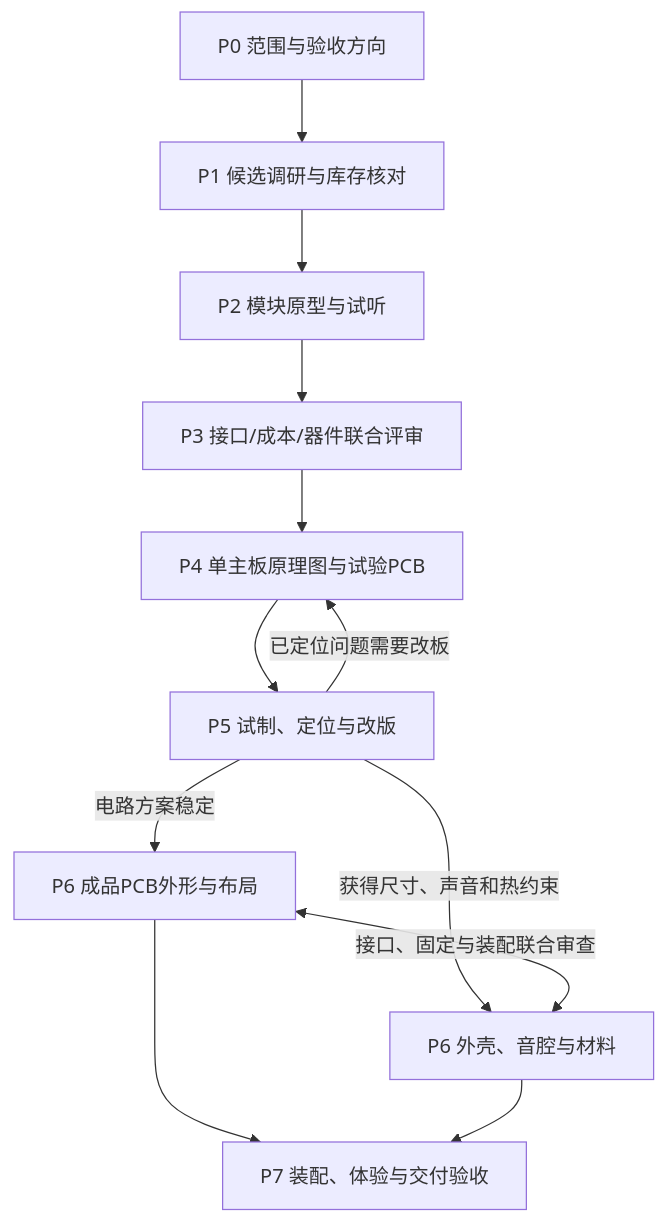
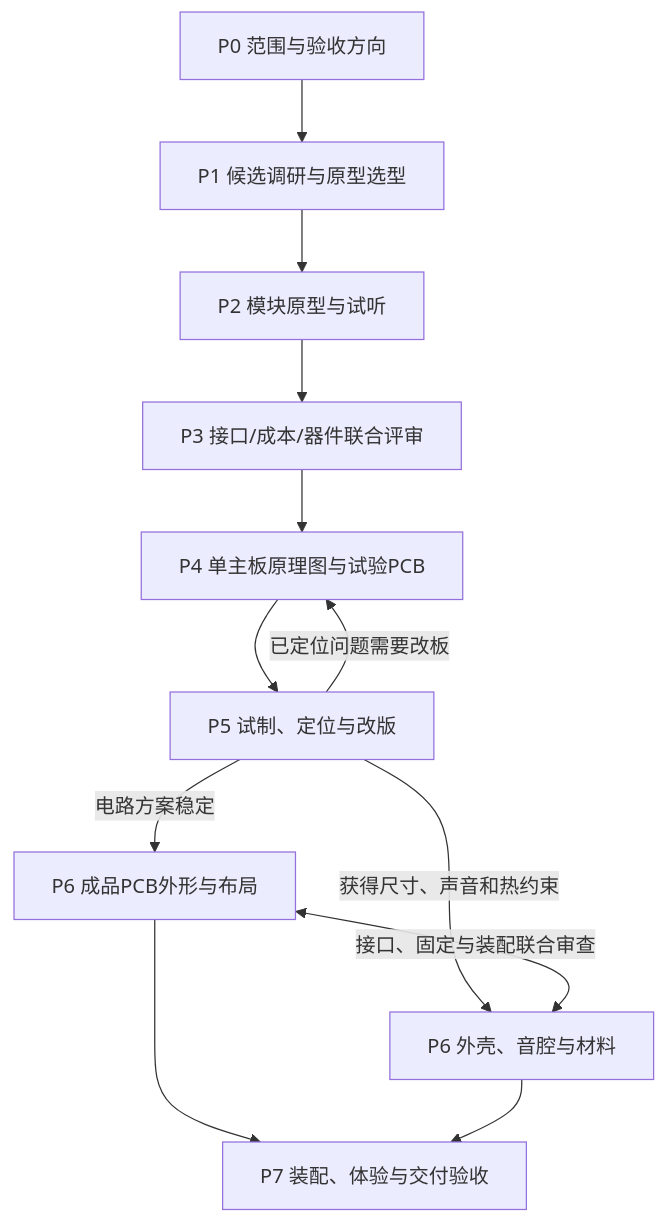
One commit to yigencong-1/record-companion changed the diagram in product/plan.md. Above: the diagram before and after it, drawn with Mermaid. The commit also changed other lines of this file and 9 other files, not shown here.

````diff
--- a/product/plan.md
+++ b/product/plan.md
@@ -40,14 +54,14 @@
 ```mermaid
 flowchart TD
-    P0["P0 范围与验收方向"] --> P1["P1 候选调研与库存核对"]
+    P0["P0 范围与验收方向"] --> P1["P1 候选调研与原型选型"]
     P1 --> P2["P2 模块原型与试听"]
     P2 --> P3["P3 接口/成本/器件联合评审"]
     P3 --> P4["P4 单主板原理图与试验PCB"]
     P4 --> P5["P5 试制、定位与改版"]
     P5 -->|"电路方案稳定"| P6A["P6 成品PCB外形与布局"]
     P5 -->|"获得尺寸、声音和热约束"| P6B["P6 外壳、音腔与材料"]
     P6A <-->|"接口、固定与装配联合审查"| P6B
     P6A --> P7["P7 装配、体验与交付验收"]
     P6B --> P7
     P5 -->|"已定位问题需要改板"| P4
 ```
````
